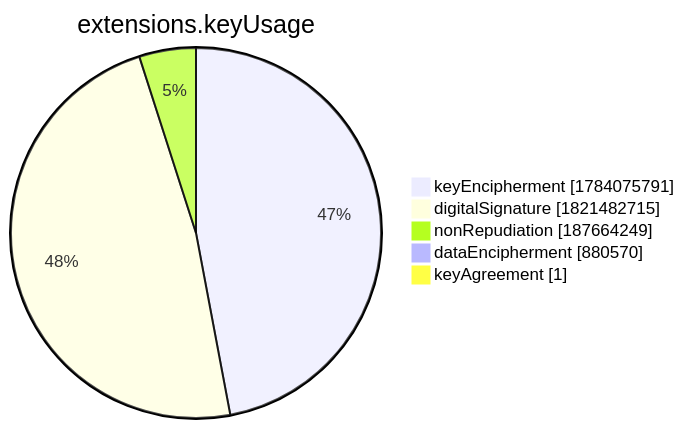
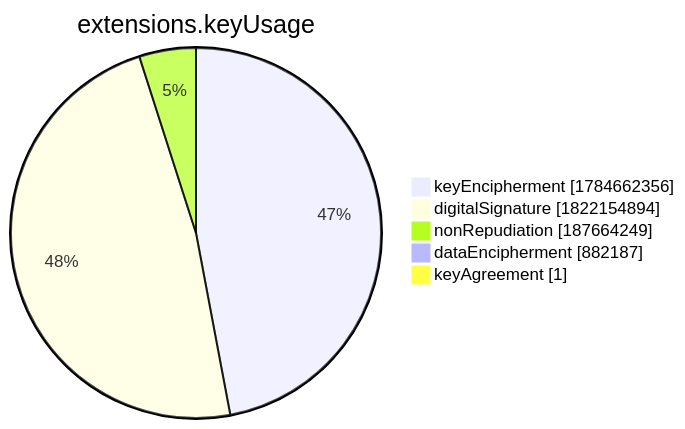
Before and after one commit to christiankrug/ctmonitor_visualization: the seventh of 15 diagrams in xenon2022/README.md, drawn with Mermaid. The commit also changed other lines of this file, not shown here.

````diff
--- a/xenon2022/README.md
+++ b/xenon2022/README.md
@@ -2859,9 +2859,9 @@
 ```mermaid
 pie showData
 title extensions.keyUsage
-"keyEncipherment" :1784075791
-"digitalSignature" :1821482715
+"keyEncipherment" :1784662356
+"digitalSignature" :1822154894
 "nonRepudiation" :187664249
-"dataEncipherment" :880570
+"dataEncipherment" :882187
 "keyAgreement" :1
 ```
````
